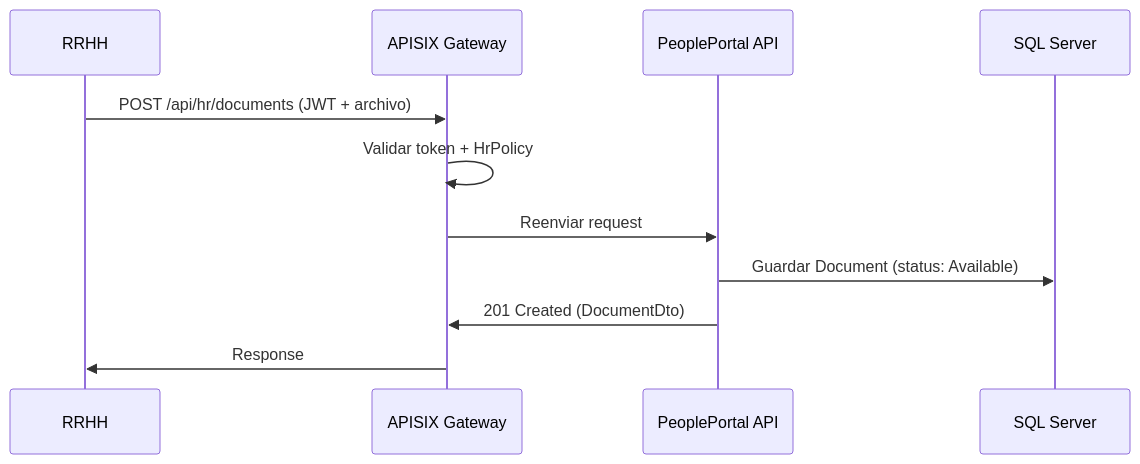
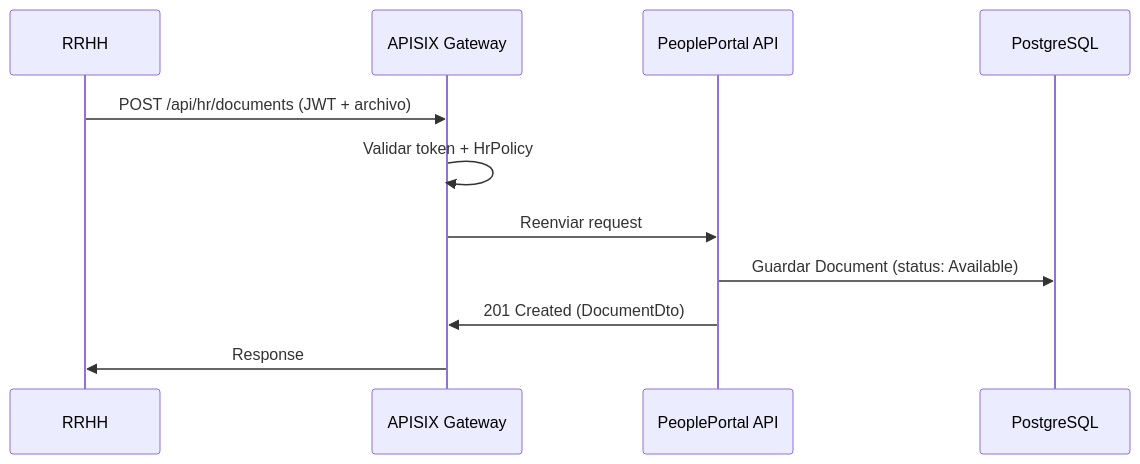
Before and after one commit to bryanjosue17/PeoplePortal-BackEnd: the third of 5 diagrams in docs/flujos.md, drawn with Mermaid. The commit also changed other lines of this file, not shown here.

Commit message:
docs: actualizar diagramas de secuencia a PostgreSQL

````diff
--- a/docs/flujos.md
+++ b/docs/flujos.md
@@ -50,14 +50,14 @@
 ```mermaid
 sequenceDiagram
     participant H as RRHH
     participant A as APISIX Gateway
     participant API as PeoplePortal API
-    participant DB as SQL Server
+    participant DB as PostgreSQL
 
     H->>A: POST /api/hr/documents (JWT + archivo)
     A->>A: Validar token + HrPolicy
     A->>API: Reenviar request
     API->>DB: Guardar Document (status: Available)
     API->>A: 201 Created (DocumentDto)
     A->>H: Response
 ```
````
